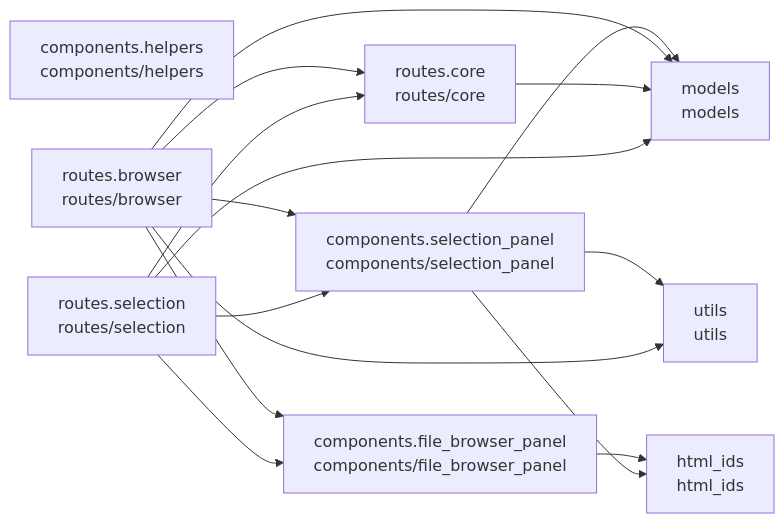
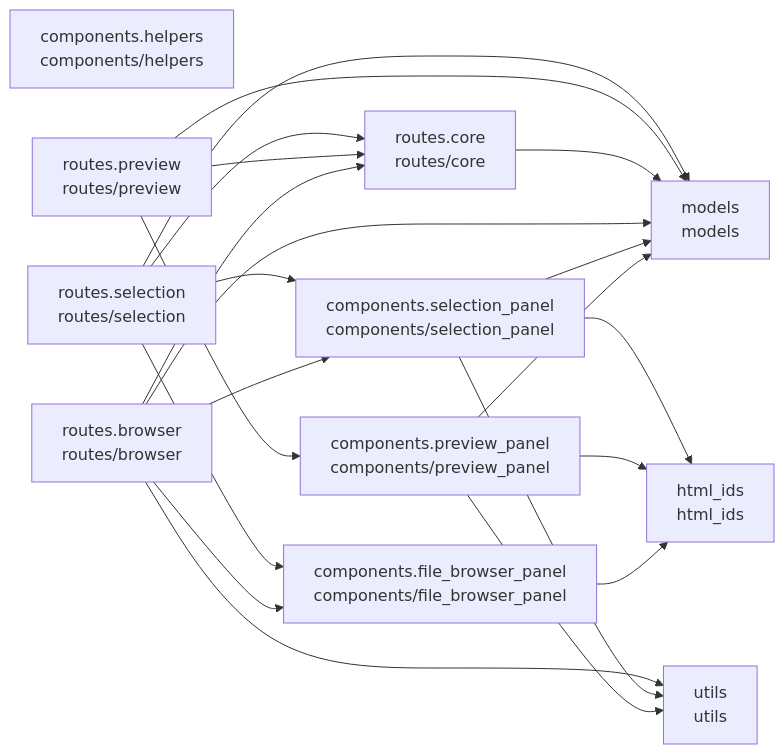
The diagram in README.md (cj-mills/cjm-transcription-source-select), drawn with Mermaid before and after one commit. The commit also changed other lines of this file and 11 other files, not shown here.

Commit message:
Add collapsible preview panel with audio/video playback, media file serving route, and preview button on selection queue items.

````diff
--- a/README.md
+++ b/README.md
@@ -31,27 +33,35 @@
 ``` mermaid
 graph LR
     components_file_browser_panel[components.file_browser_panel<br/>components/file_browser_panel]
     components_helpers[components.helpers<br/>components/helpers]
+    components_preview_panel[components.preview_panel<br/>components/preview_panel]
     components_selection_panel[components.selection_panel<br/>components/selection_panel]
     html_ids[html_ids<br/>html_ids]
     models[models<br/>models]
     routes_browser[routes.browser<br/>routes/browser]
     routes_core[routes.core<br/>routes/core]
+    routes_preview[routes.preview<br/>routes/preview]
     routes_selection[routes.selection<br/>routes/selection]
     utils[utils<br/>utils]
 
     components_file_browser_panel --> html_ids
+    components_preview_panel --> html_ids
+    components_preview_panel --> utils
+    components_preview_panel --> models
     components_selection_panel --> models
+    components_selection_panel --> html_ids
     components_selection_panel --> utils
-    components_selection_panel --> html_ids
     routes_browser --> models
+    routes_browser --> utils
+    routes_browser --> components_file_browser_panel
+    routes_browser --> routes_core
     routes_browser --> components_selection_panel
-    routes_browser --> routes_core
-    routes_browser --> components_file_browser_panel
-    routes_browser --> utils
     routes_core --> models
+    routes_preview --> models
+    routes_preview --> routes_core
+    routes_preview --> components_preview_panel
     routes_selection --> components_file_browser_panel
     routes_selection --> models
     routes_selection --> routes_core
     routes_selection --> components_selection_panel
 ```
````
